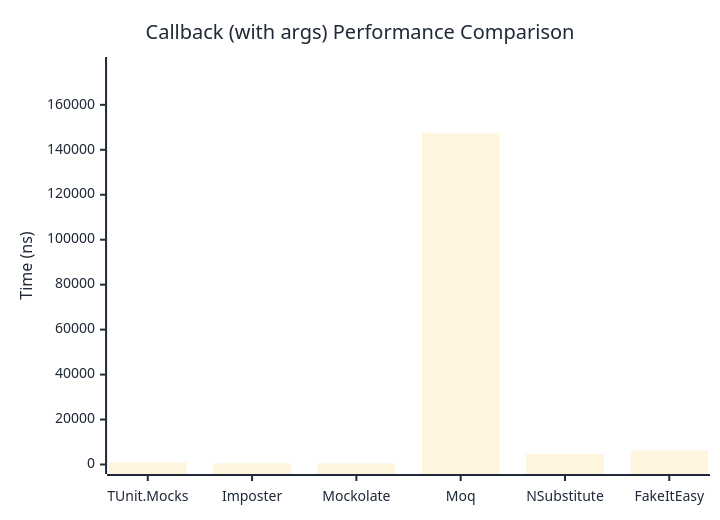
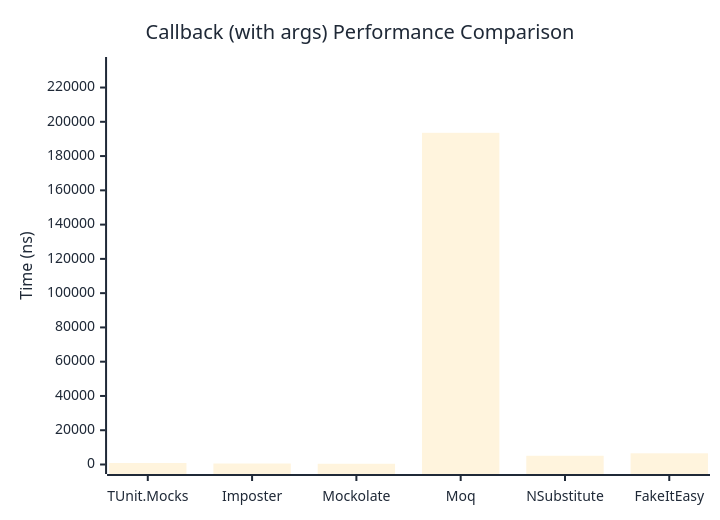
One commit to thomhurst/TUnit changed the second of 2 diagrams in docs/docs/benchmarks/mocks/Callback.md. Above: the diagram before and after it, drawn with Mermaid. The commit also changed other lines of this file and 14 other files, not shown here.

````diff
--- a/docs/docs/benchmarks/mocks/Callback.md
+++ b/docs/docs/benchmarks/mocks/Callback.md
@@ -71,27 +71,27 @@
 ```mermaid
 %%{init: {
   'theme':'base',
   'themeVariables': {
     'primaryColor': '#2563eb',
     'primaryTextColor': '#1f2937',
     'primaryBorderColor': '#1e40af',
     'lineColor': '#6b7280',
     'secondaryColor': '#7c3aed',
     'tertiaryColor': '#dc2626',
     'background': '#ffffff',
     'pie1': '#2563eb',
     'pie2': '#7c3aed',
     'pie3': '#dc2626',
     'pie4': '#f59e0b',
     'pie5': '#10b981',
     'pie6': '#06b6d4',
     'pie7': '#ec4899',
     'pie8': '#6366f1'
   }
 }}%%
 xychart-beta
   title "Callback (with args) Performance Comparison"
   x-axis ["TUnit.Mocks", "Imposter", "Mockolate", "Moq", "NSubstitute", "FakeItEasy"]
-  y-axis "Time (ns)" 0 --> 177050
-  bar [928.7, 551.3, 453.6, 147540.9, 4741.2, 6236.5]
+  y-axis "Time (ns)" 0 --> 232275
+  bar [886.2, 578, 428.6, 193562.5, 5091.9, 6534.5]
 ```
````
